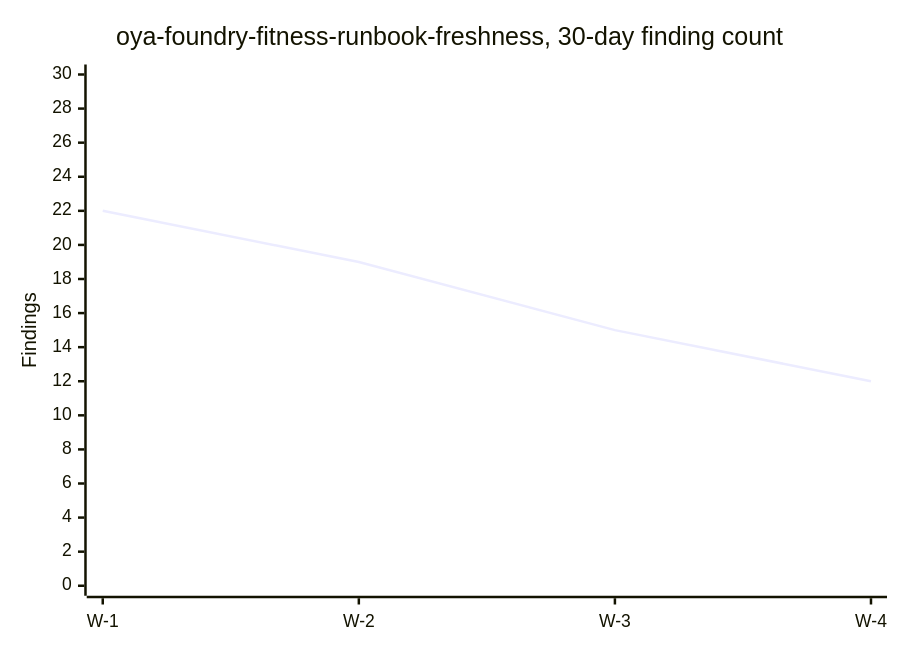
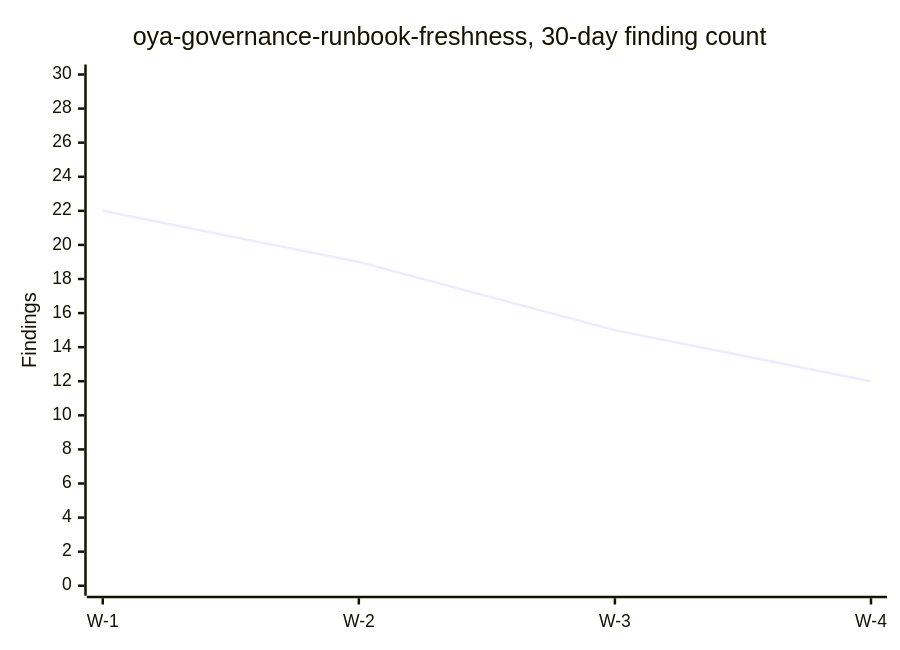
Before and after one commit to oyatie/oyatie: the diagram in docs/automation/fitness-lane-reports-pipeline.md, drawn with Mermaid. The commit also changed other lines of this file and 3184 other files, not shown here.

````diff
--- a/docs/automation/fitness-lane-reports-pipeline.md
+++ b/docs/automation/fitness-lane-reports-pipeline.md
@@ -87,7 +87,7 @@
 ```mermaid
 xychart-beta
-  title "oya-foundry-fitness-runbook-freshness, 30-day finding count"
+  title "oya-governance-runbook-freshness, 30-day finding count"
   x-axis [W-1, W-2, W-3, W-4]
   y-axis "Findings" 0 --> 30
   line [22, 19, 15, 12]
 ```
````
